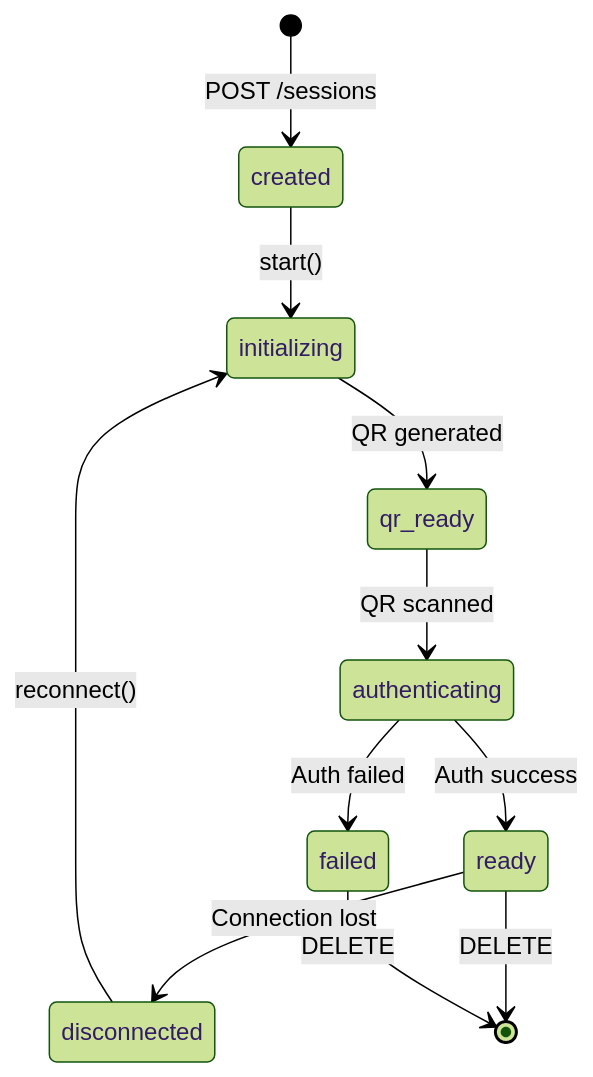
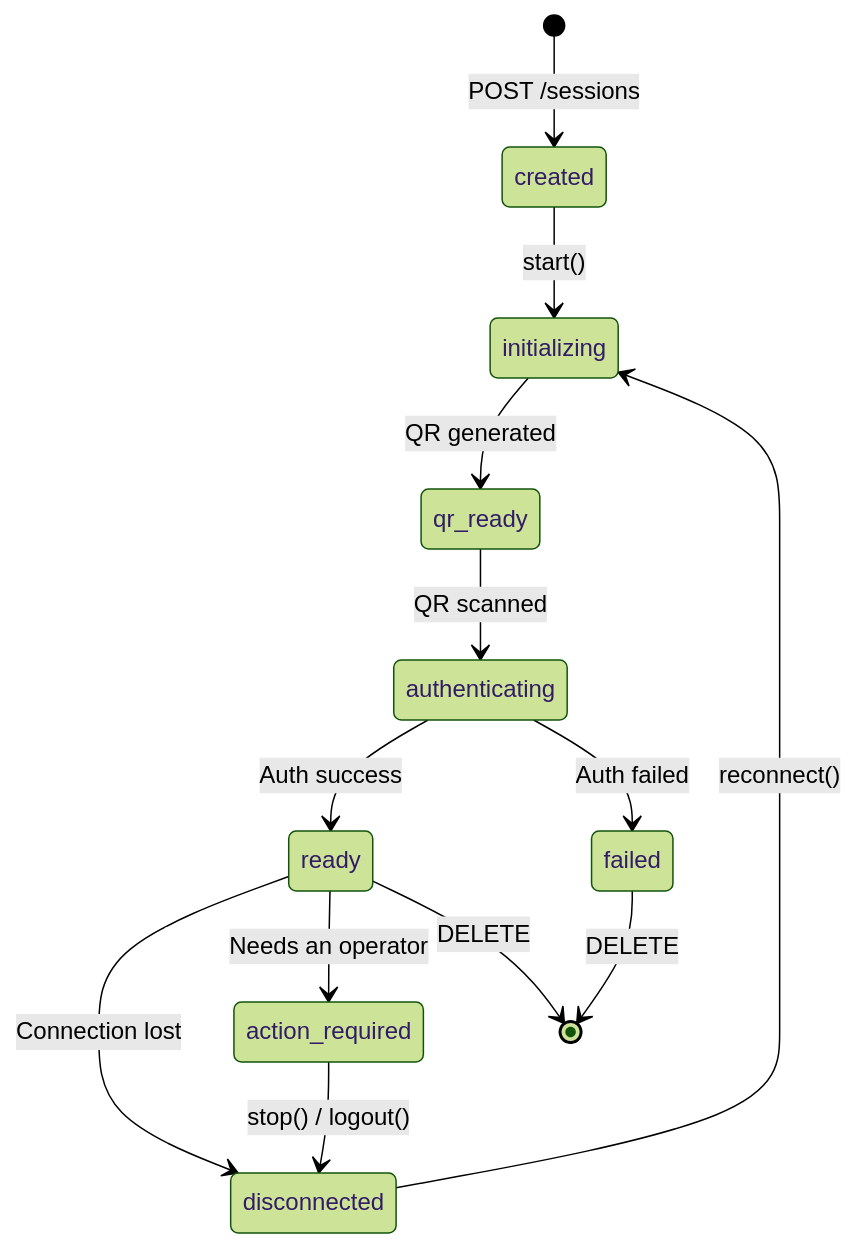
Before and after one commit to nourayman21k/OpenWA: the second of 5 diagrams in docs/05-database-design.md, drawn with Mermaid (forest theme). The commit also changed other lines of this file and 21 other files, not shown here.

````diff
--- a/docs/05-database-design.md
+++ b/docs/05-database-design.md
@@ -289,13 +289,15 @@
 ```mermaid
 stateDiagram-v2
     [*] --> created: POST /sessions
     created --> initializing: start()
     initializing --> qr_ready: QR generated
     qr_ready --> authenticating: QR scanned
     authenticating --> ready: Auth success
     authenticating --> failed: Auth failed
     ready --> disconnected: Connection lost
+    ready --> action_required: Needs an operator
+    action_required --> disconnected: stop() / logout()
     disconnected --> initializing: reconnect()
     ready --> [*]: DELETE
     failed --> [*]: DELETE
 ```
````
